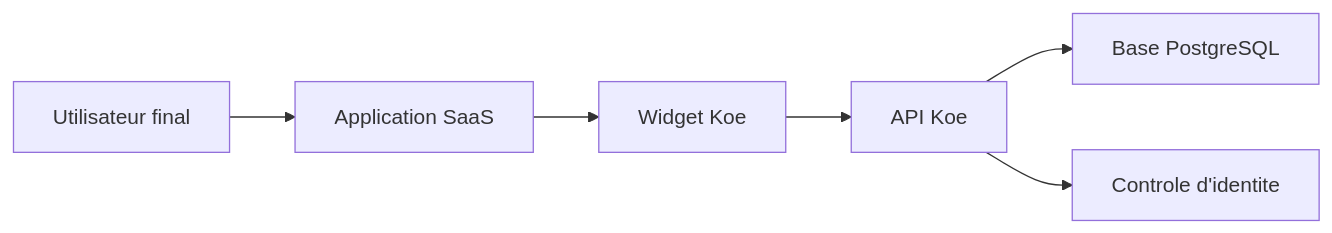
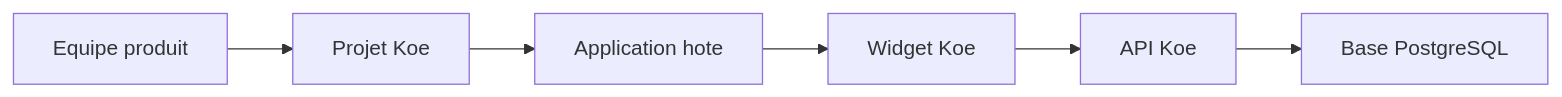
One commit to Wifsimster/koe changed the diagram in README.md. Above: the diagram before and after it, drawn with Mermaid. The commit also changed other lines of this file and 1 other file, not shown here.

````diff
--- a/README.md
+++ b/README.md
@@ -57,8 +180,8 @@
 ```mermaid
 graph LR
-    A[Utilisateur final] --> B[Application SaaS]
-    B --> C[Widget Koe]
-    C --> D[API Koe]
-    D --> E[Base PostgreSQL]
-    D --> F[Controle d'identite]
+    A[Equipe produit] --> B[Projet Koe]
+    B --> C[Application hote]
+    C --> D[Widget Koe]
+    D --> E[API Koe]
+    E --> F[Base PostgreSQL]
 ```
````
